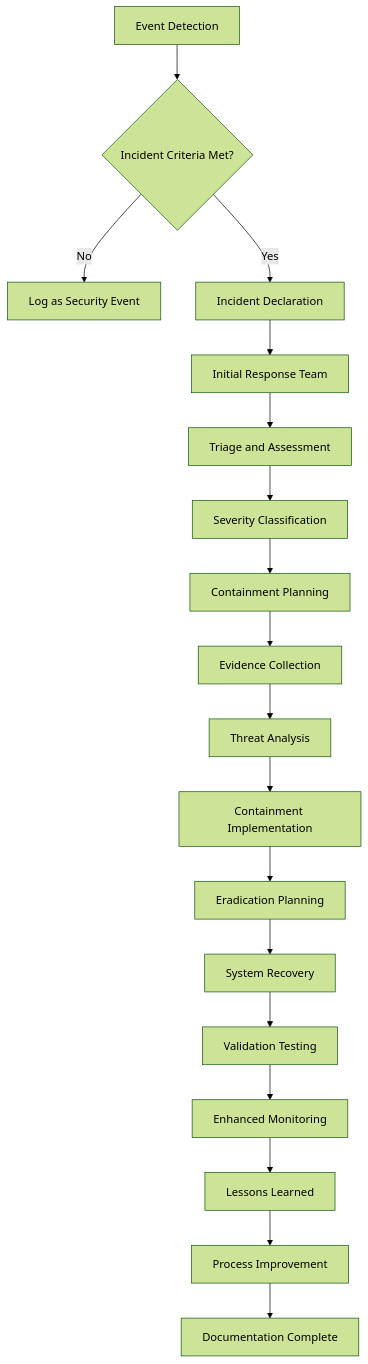
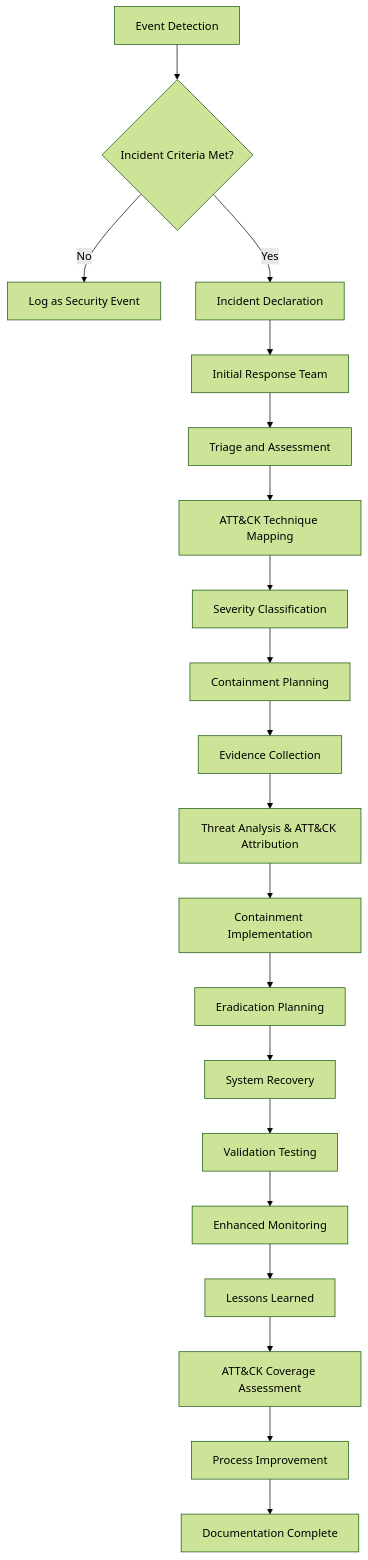
The first of 2 diagrams in 06-incident-response/README.md (d3vhackz/BTL1), drawn with Mermaid (forest theme) before and after one commit. The commit also changed other lines of this file, not shown here.

````diff
--- a/06-incident-response/README.md
+++ b/06-incident-response/README.md
@@ -92,26 +99,28 @@
 ```mermaid
 graph TD
     A[Event Detection] --> B{Incident Criteria Met?}
     
     B -->|No| C[Log as Security Event]
     B -->|Yes| D[Incident Declaration]
     
     D --> E[Initial Response Team]
     E --> F[Triage and Assessment]
-    F --> G[Severity Classification]
+    F --> G[ATT&CK Technique Mapping]
+    G --> H[Severity Classification]
     
-    G --> H[Containment Planning]
-    H --> I[Evidence Collection]
-    I --> J[Threat Analysis]
+    H --> I[Containment Planning]
+    I --> J[Evidence Collection]
+    J --> K[Threat Analysis & ATT&CK Attribution]
     
-    J --> K[Containment Implementation]
-    K --> L[Eradication Planning]
-    L --> M[System Recovery]
+    K --> L[Containment Implementation]
+    L --> M[Eradication Planning]
+    M --> N[System Recovery]
     
-    M --> N[Validation Testing]
-    N --> O[Enhanced Monitoring]
-    O --> P[Lessons Learned]
+    N --> O[Validation Testing]
+    O --> P[Enhanced Monitoring]
+    P --> Q[Lessons Learned]
     
-    P --> Q[Process Improvement]
-    Q --> R[Documentation Complete]
+    Q --> R[ATT&CK Coverage Assessment]
+    R --> S[Process Improvement]
+    S --> T[Documentation Complete]
 ```
````
